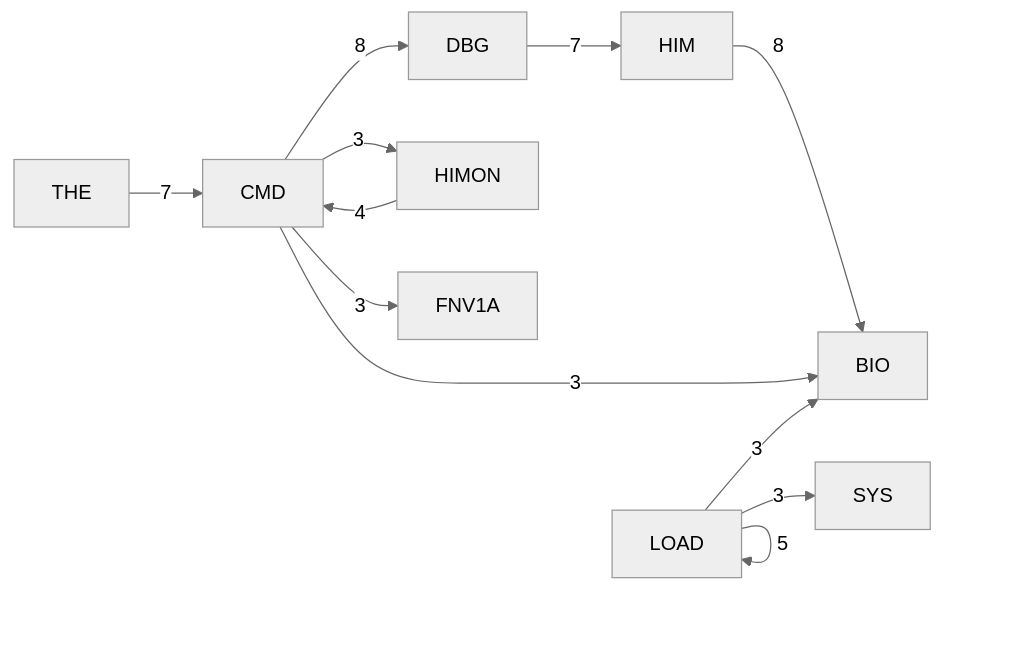
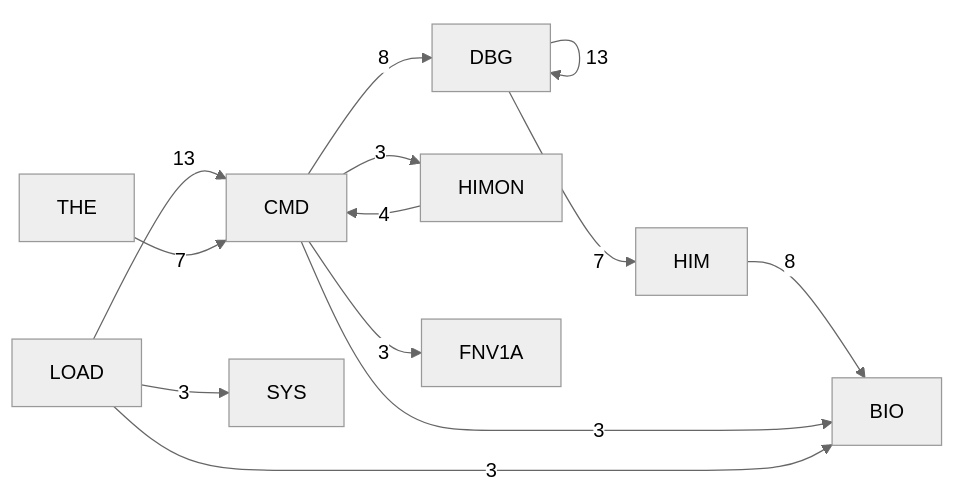
Before and after one commit to 95westus/R-YORS: the third of 7 diagrams in DOC/GENERATED/ROUTINE_CLASS_DIAGRAM.md, drawn with Mermaid (neutral theme). The commit also changed other lines of this file and 65 other files, not shown here.

````diff
--- a/DOC/GENERATED/ROUTINE_CLASS_DIAGRAM.md
+++ b/DOC/GENERATED/ROUTINE_CLASS_DIAGRAM.md
@@ -44,14 +44,15 @@
 ```mermaid
 flowchart LR
+    P_DBG[DBG] -->|13| P_DBG[DBG]
+    P_LOAD[LOAD] -->|13| P_CMD[CMD]
     P_CMD[CMD] -->|8| P_DBG[DBG]
     P_HIM[HIM] -->|8| P_BIO[BIO]
     P_DBG[DBG] -->|7| P_HIM[HIM]
     P_THE[THE] -->|7| P_CMD[CMD]
-    P_LOAD[LOAD] -->|5| P_LOAD[LOAD]
     P_HIMON[HIMON] -->|4| P_CMD[CMD]
     P_CMD[CMD] -->|3| P_BIO[BIO]
     P_CMD[CMD] -->|3| P_FNV1A[FNV1A]
     P_CMD[CMD] -->|3| P_HIMON[HIMON]
     P_LOAD[LOAD] -->|3| P_BIO[BIO]
     P_LOAD[LOAD] -->|3| P_SYS[SYS]
 ```
````
